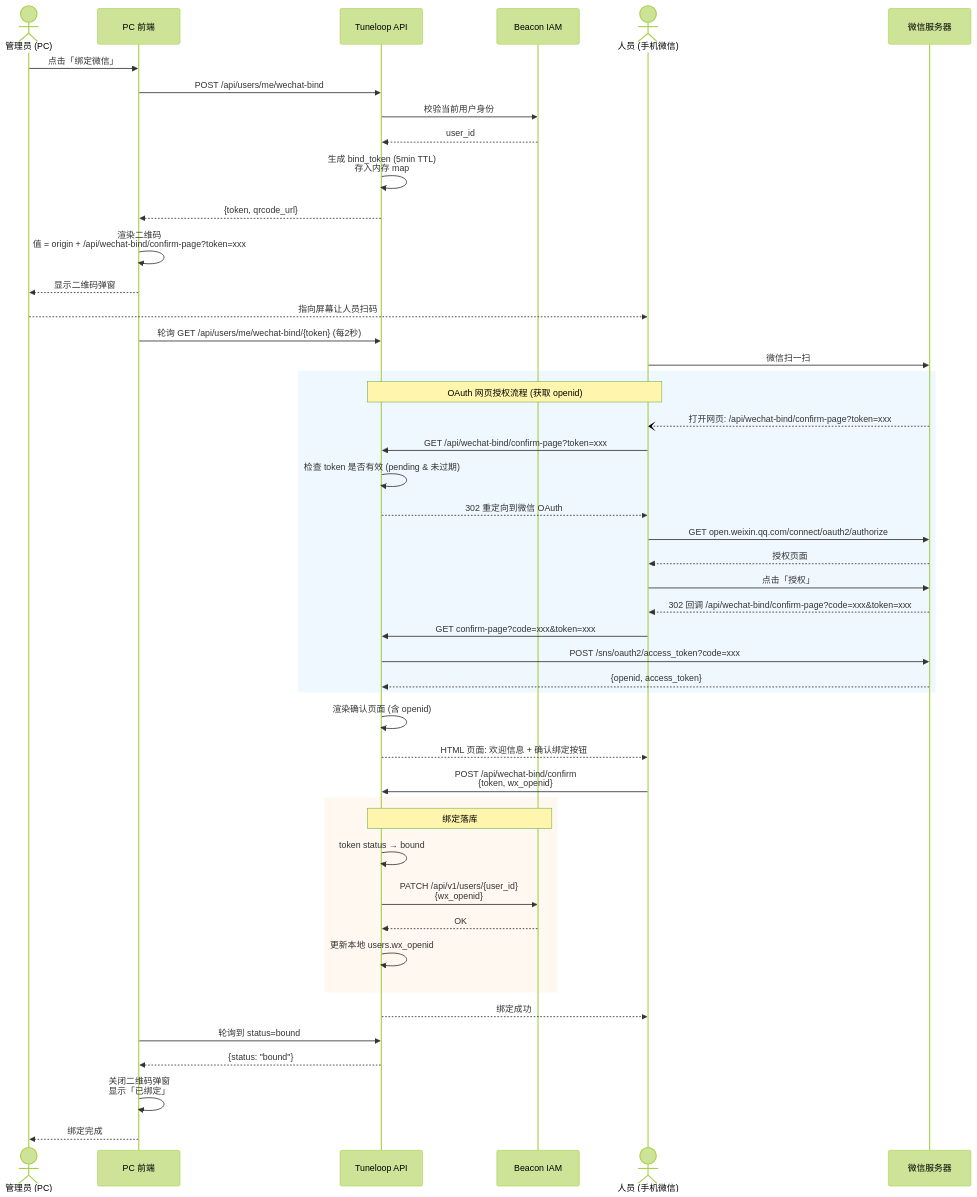
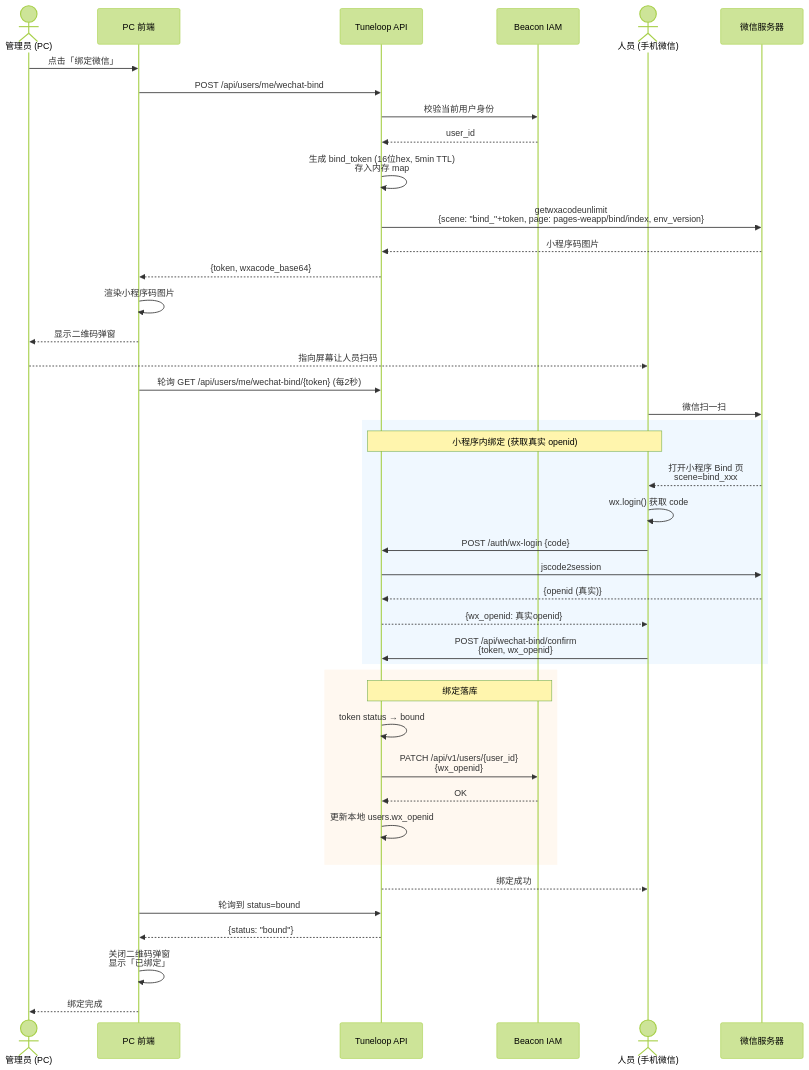
The third of 3 diagrams in docs/cases.md (HiJohns/tuneloop), drawn with Mermaid (forest theme) before and after one commit. The commit also changed other lines of this file and 7 other files, not shown here.

First line of the commit message:
fix(issue-1640): PC wechat bind via mini-program code, real openid only

````diff
--- a/docs/cases.md
+++ b/docs/cases.md
@@ -1261,56 +1261,50 @@
 ```mermaid
 sequenceDiagram
     actor Admin as 管理员 (PC)
     participant PC as PC 前端
     participant API as Tuneloop API
     participant IAM as Beacon IAM
     actor Staff as 人员 (手机微信)
     participant WX as 微信服务器
 
     Admin->>PC: 点击「绑定微信」
     PC->>API: POST /api/users/me/wechat-bind
     API->>IAM: 校验当前用户身份
     IAM-->>API: user_id
-    API->>API: 生成 bind_token (5min TTL)<br/>存入内存 map
-    API-->>PC: {token, qrcode_url}
-    PC->>PC: 渲染二维码<br/>值 = origin + /api/wechat-bind/confirm-page?token=xxx
+    API->>API: 生成 bind_token (16位hex, 5min TTL)<br/>存入内存 map
+    API->>WX: getwxacodeunlimit<br/>{scene: "bind_"+token, page: pages-weapp/bind/index, env_version}
+    WX-->>API: 小程序码图片
+    API-->>PC: {token, wxacode_base64}
+    PC->>PC: 渲染小程序码图片
     PC-->>Admin: 显示二维码弹窗
     Admin-->>Staff: 指向屏幕让人员扫码
     PC->>API: 轮询 GET /api/users/me/wechat-bind/{token} (每2秒)
 
     Staff->>WX: 微信扫一扫
 
     rect rgb(240, 248, 255)
-        Note over Staff, API: OAuth 网页授权流程 (获取 openid)
-        WX--)Staff: 打开网页: /api/wechat-bind/confirm-page?token=xxx
-        Staff->>API: GET /api/wechat-bind/confirm-page?token=xxx
-        API->>API: 检查 token 是否有效 (pending & 未过期)
-        API-->>Staff: 302 重定向到微信 OAuth
-        Staff->>WX: GET open.weixin.qq.com/connect/oauth2/authorize
-        WX-->>Staff: 授权页面
-        Staff->>WX: 点击「授权」
-        WX-->>Staff: 302 回调 /api/wechat-bind/confirm-page?code=xxx&token=xxx
-        Staff->>API: GET confirm-page?code=xxx&token=xxx
-        API->>WX: POST /sns/oauth2/access_token?code=xxx
-        WX-->>API: {openid, access_token}
+        Note over Staff, API: 小程序内绑定 (获取真实 openid)
+        WX-->>Staff: 打开小程序 Bind 页<br/>scene=bind_xxx
+        Staff->>Staff: wx.login() 获取 code
+        Staff->>API: POST /auth/wx-login {code}
+        API->>WX: jscode2session
+        WX-->>API: {openid (真实)}
+        API-->>Staff: {wx_openid: 真实openid}
+        Staff->>API: POST /api/wechat-bind/confirm<br/>{token, wx_openid}
     end
-
-    API->>API: 渲染确认页面 (含 openid)
-    API-->>Staff: HTML 页面: 欢迎信息 + 确认绑定按钮
-    Staff->>API: POST /api/wechat-bind/confirm<br/>{token, wx_openid}
 
     rect rgb(255, 248, 240)
         Note over API, IAM: 绑定落库
         API->>API: token status → bound
         API->>IAM: PATCH /api/v1/users/{user_id}<br/>{wx_openid}
         IAM-->>API: OK
         API->>API: 更新本地 users.wx_openid
     end
 
     API-->>Staff: 绑定成功
 
     PC->>API: 轮询到 status=bound
     API-->>PC: {status: "bound"}
     PC->>PC: 关闭二维码弹窗<br/>显示「已绑定」
     PC-->>Admin: 绑定完成
 ```
````
